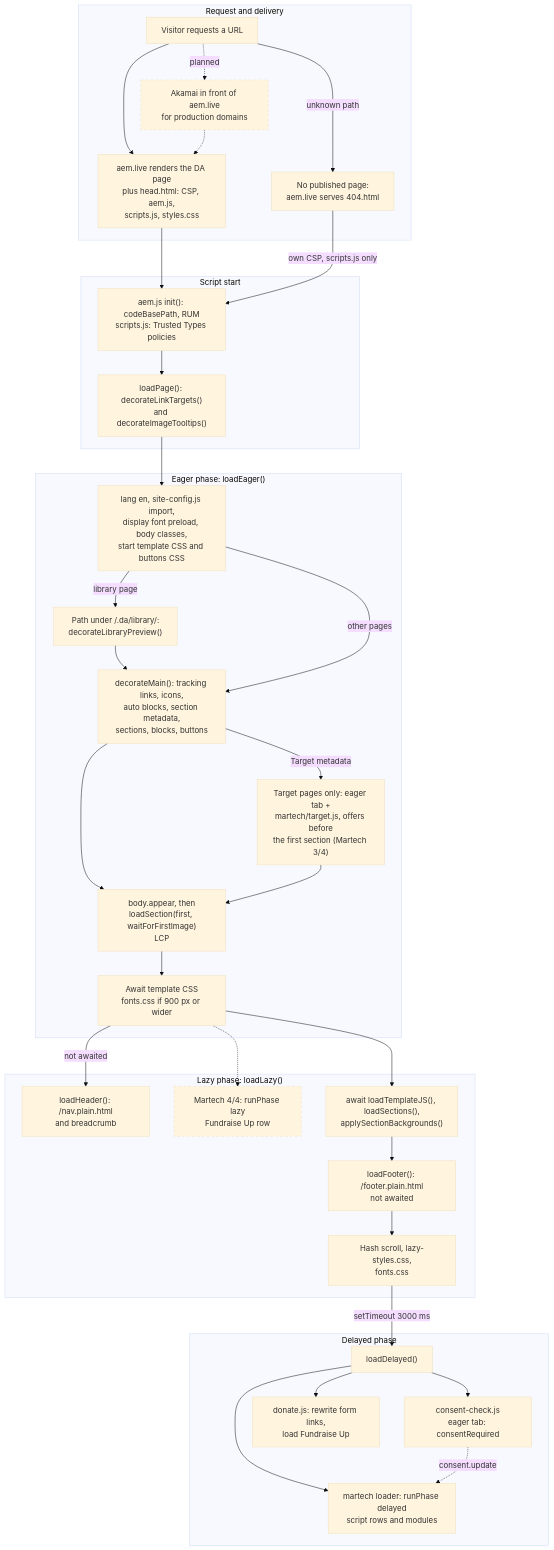
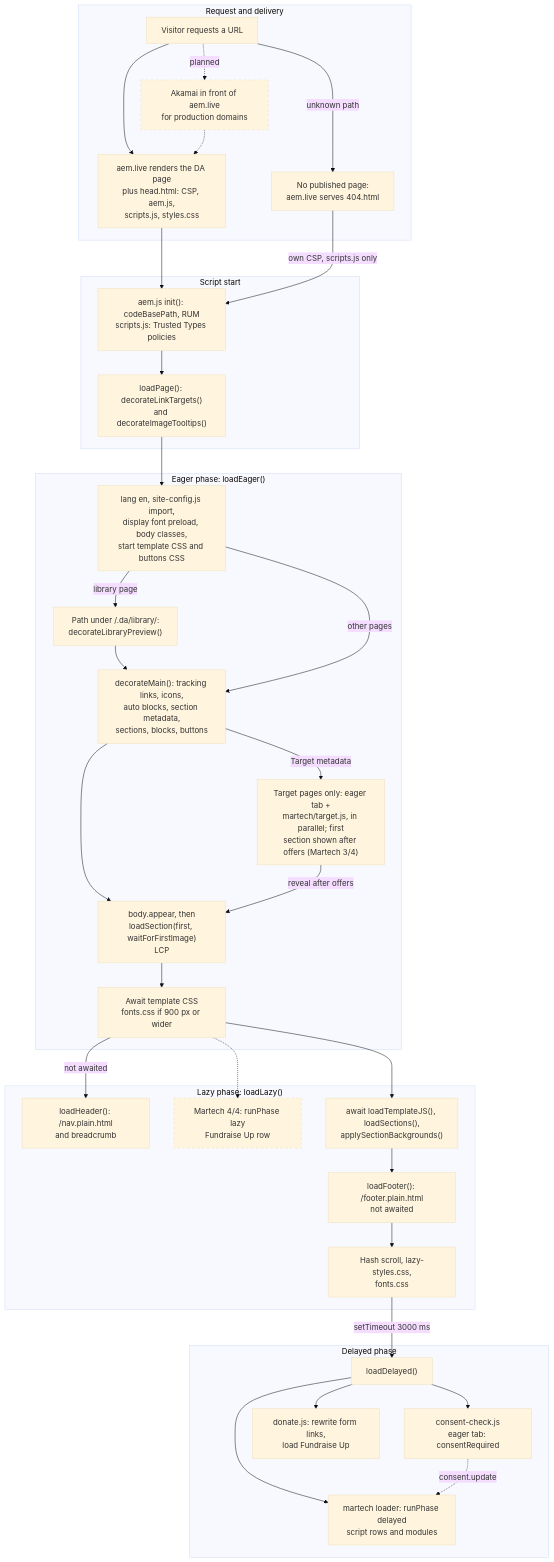
The second of 8 diagrams in docs/flow.md (aman-kumar24-dev/usta-foundation-site), drawn with Mermaid (base theme) before and after one commit. The commit also changed other lines of this file and 4 other files, not shown here.

First line of the commit message:
docs: D-084 first section in parallel with Target; flow 2 Target steps; line refs

````diff
--- a/docs/flow.md
+++ b/docs/flow.md
@@ -71,60 +71,60 @@
 ```mermaid
 flowchart TD
   classDef planned stroke-dasharray: 5 5
   subgraph Delivery["Request and delivery"]
     A["Visitor requests a URL"]
     W["Akamai in front of aem.live<br/>for production domains"]:::planned
     B["aem.live renders the DA page<br/>plus head.html: CSP, aem.js,<br/>scripts.js, styles.css"]
     X["No published page:<br/>aem.live serves 404.html"]
   end
   subgraph Boot["Script start"]
     C["aem.js init(): codeBasePath, RUM<br/>scripts.js: Trusted Types policies"]
     D["loadPage(): decorateLinkTargets()<br/>and decorateImageTooltips()"]
   end
   subgraph Eager["Eager phase: loadEager()"]
     E["lang en, site-config.js import,<br/>display font preload, body classes,<br/>start template CSS and buttons CSS"]
     G["Path under /.da/library/:<br/>decorateLibraryPreview()"]
     H["decorateMain(): tracking links, icons,<br/>auto blocks, section metadata,<br/>sections, blocks, buttons"]
-    T["Target pages only: eager tab +<br/>martech/target.js, offers before<br/>the first section (Martech 3/4)"]
+    T["Target pages only: eager tab +<br/>martech/target.js, in parallel; first<br/>section shown after offers (Martech 3/4)"]
     I["body.appear, then<br/>loadSection(first, waitForFirstImage)<br/>LCP"]
     J["Await template CSS<br/>fonts.css if 900 px or wider"]
   end
   subgraph Lazy["Lazy phase: loadLazy()"]
     K["loadHeader(): /nav.plain.html<br/>and breadcrumb"]
     U["Martech 4/4: runPhase lazy<br/>Fundraise Up row"]:::planned
     L["await loadTemplateJS(), loadSections(),<br/>applySectionBackgrounds()"]
     M["loadFooter(): /footer.plain.html<br/>not awaited"]
     N["Hash scroll, lazy-styles.css,<br/>fonts.css"]
   end
   subgraph Delayed["Delayed phase"]
     R["loadDelayed()"]
     O["consent-check.js<br/>eager tab: consentRequired"]
     P["donate.js: rewrite form links,<br/>load Fundraise Up"]
     Q["martech loader: runPhase delayed<br/>script rows and modules"]
   end
   A --> B
   A -.->|"planned"| W
   W -.-> B
   A -->|"unknown path"| X
   B --> C
   X -->|"own CSP, scripts.js only"| C
   C --> D
   D --> E
   E -->|"library page"| G
   G --> H
   E -->|"other pages"| H
   H --> I
   H -->|"Target metadata"| T
-  T --> I
+  T -->|"reveal after offers"| I
   I --> J
   J -->|"not awaited"| K
   J -.-> U
   J --> L
   L --> M
   M --> N
   N -->|"setTimeout 3000 ms"| R
   R --> O
   R --> P
   R --> Q
   O -.->|"consent.update"| Q
 ```
````
